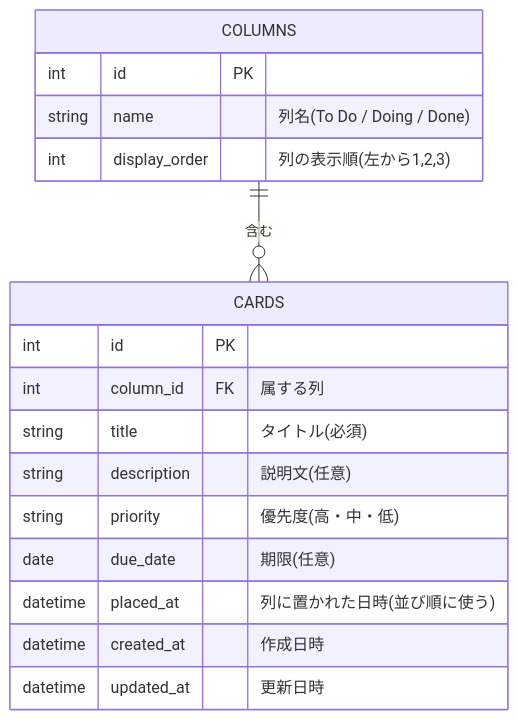
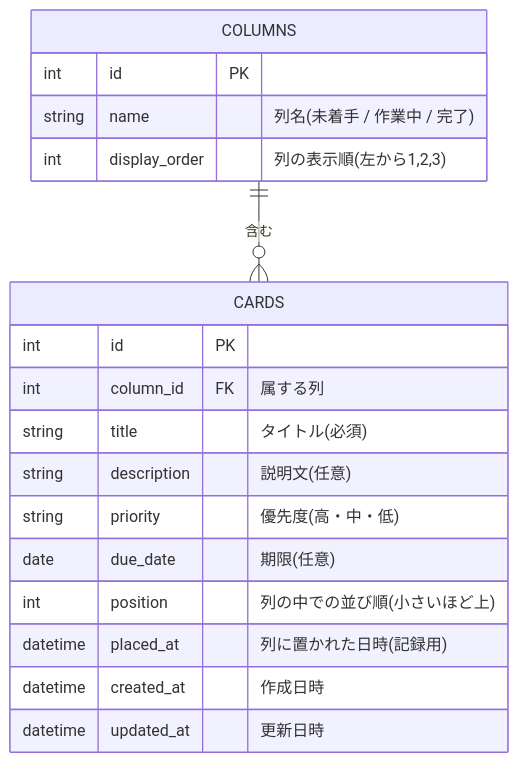
The diagram in docs/data-design.md (futa0821/TaskManagement), drawn with Mermaid before and after one commit. The commit also changed other lines of this file and 3 other files, not shown here.

````diff
--- a/docs/data-design.md
+++ b/docs/data-design.md
@@ -12,22 +14,23 @@
 ```mermaid
 erDiagram
     COLUMNS ||--o{ CARDS : "含む"
 
     COLUMNS {
         int id PK
-        string name "列名(To Do / Doing / Done)"
+        string name "列名(未着手 / 作業中 / 完了)"
         int display_order "列の表示順(左から1,2,3)"
     }
 
     CARDS {
         int id PK
         int column_id FK "属する列"
         string title "タイトル(必須)"
         string description "説明文(任意)"
         string priority "優先度(高・中・低)"
         date due_date "期限(任意)"
-        datetime placed_at "列に置かれた日時(並び順に使う)"
+        int position "列の中での並び順(小さいほど上)"
+        datetime placed_at "列に置かれた日時(記録用)"
         datetime created_at "作成日時"
         datetime updated_at "更新日時"
     }
 ```
````
